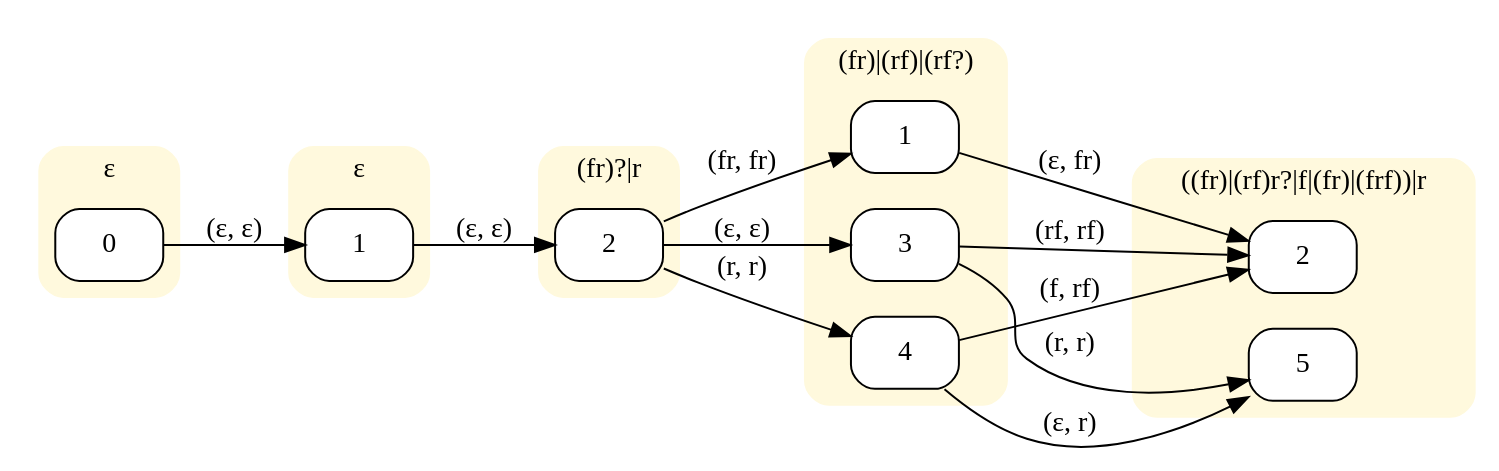
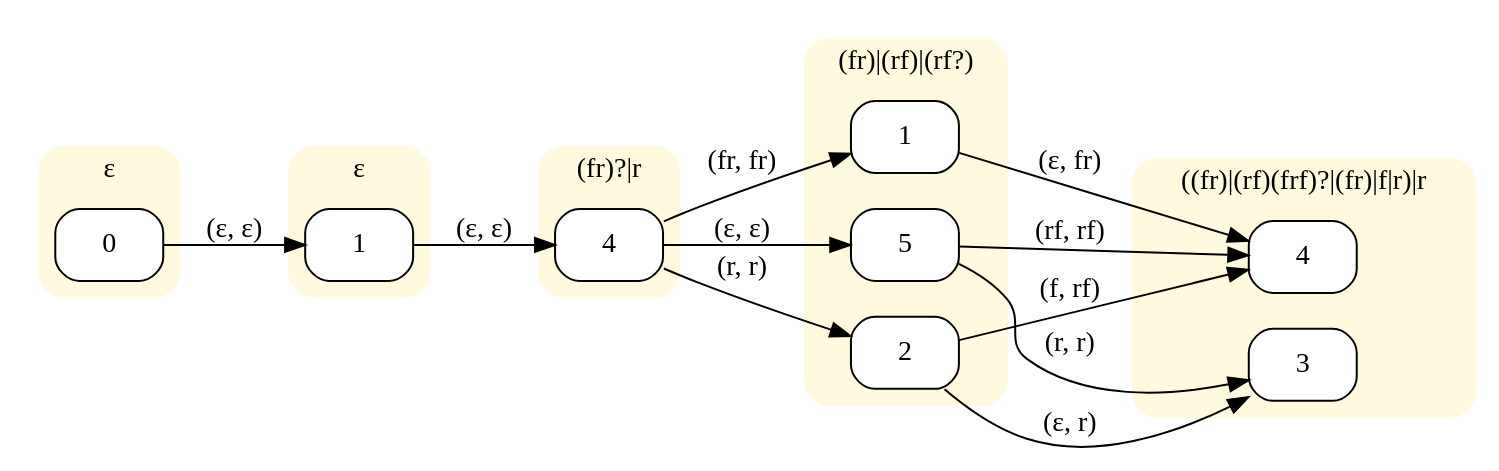
The diagram in input/e_MON.dot (Stefano-BS/Explanatory-Diagnosis), drawn with Graphviz before and after one commit. The commit also changed 40 other files, not shown here.

```diff
--- a/input/e_MON.dot
+++ b/input/e_MON.dot
@@ -1,42 +1,42 @@
 digraph "MONinput/e" {
 rankdir=LR
 node [style=filled fillcolor=white]
 subgraph cluster0 {
 style="rounded,filled" color="#FFF9DD" node [style="rounded,filled" shape=box fillcolor="#FFFFFF"]
-label=ε
+label="ε"
 M0S0 [label=0];
 }
 subgraph cluster1 {
 style="rounded,filled" color="#FFF9DD" node [style="rounded,filled" shape=box fillcolor="#FFFFFF"]
-label=ε
+label="ε"
 M1S1 [label=1];
 }
 subgraph cluster2 {
 style="rounded,filled" color="#FFF9DD" node [style="rounded,filled" shape=box fillcolor="#FFFFFF"]
 label="(fr)?|r"
-M2S2 [label=2];
+M2S4 [label=4];
 }
 subgraph cluster3 {
 style="rounded,filled" color="#FFF9DD" node [style="rounded,filled" shape=box fillcolor="#FFFFFF"]
 label="(fr)|(rf)|(rf?)"
 M3S1 [label=1];
-M3S3 [label=3];
-M3S4 [label=4];
+M3S5 [label=5];
+M3S2 [label=2];
 }
 subgraph cluster4 {
 style="rounded,filled" color="#FFF9DD" node [style="rounded,filled" shape=box fillcolor="#FFFFFF"]
-label="((fr)|(rf)r?|f|(fr)|(frf))|r"
-M4S2 [label=2];
-M4S5 [label=5];
+label="((fr)|(rf)(frf)?|(fr)|f|r)|r"
+M4S4 [label=4];
+M4S3 [label=3];
 }
 M0S0 -> M1S1 [label="(ε, ε)"]
-M1S1 -> M2S2 [label="(ε, ε)"]
-M2S2 -> M3S1 [label="(fr, fr)"]
-M2S2 -> M3S3 [label="(ε, ε)"]
-M2S2 -> M3S4 [label="(r, r)"]
-M3S1 -> M4S2 [label="(ε, fr)"]
-M3S3 -> M4S2 [label="(rf, rf)"]
-M3S3 -> M4S5 [label="(r, r)"]
-M3S4 -> M4S2 [label="(f, rf)"]
-M3S4 -> M4S5 [label="(ε, r)"]
+M1S1 -> M2S4 [label="(ε, ε)"]
+M2S4 -> M3S1 [label="(fr, fr)"]
+M2S4 -> M3S5 [label="(ε, ε)"]
+M2S4 -> M3S2 [label="(r, r)"]
+M3S1 -> M4S4 [label="(ε, fr)"]
+M3S5 -> M4S4 [label="(rf, rf)"]
+M3S5 -> M4S3 [label="(r, r)"]
+M3S2 -> M4S4 [label="(f, rf)"]
+M3S2 -> M4S3 [label="(ε, r)"]
 }
```
